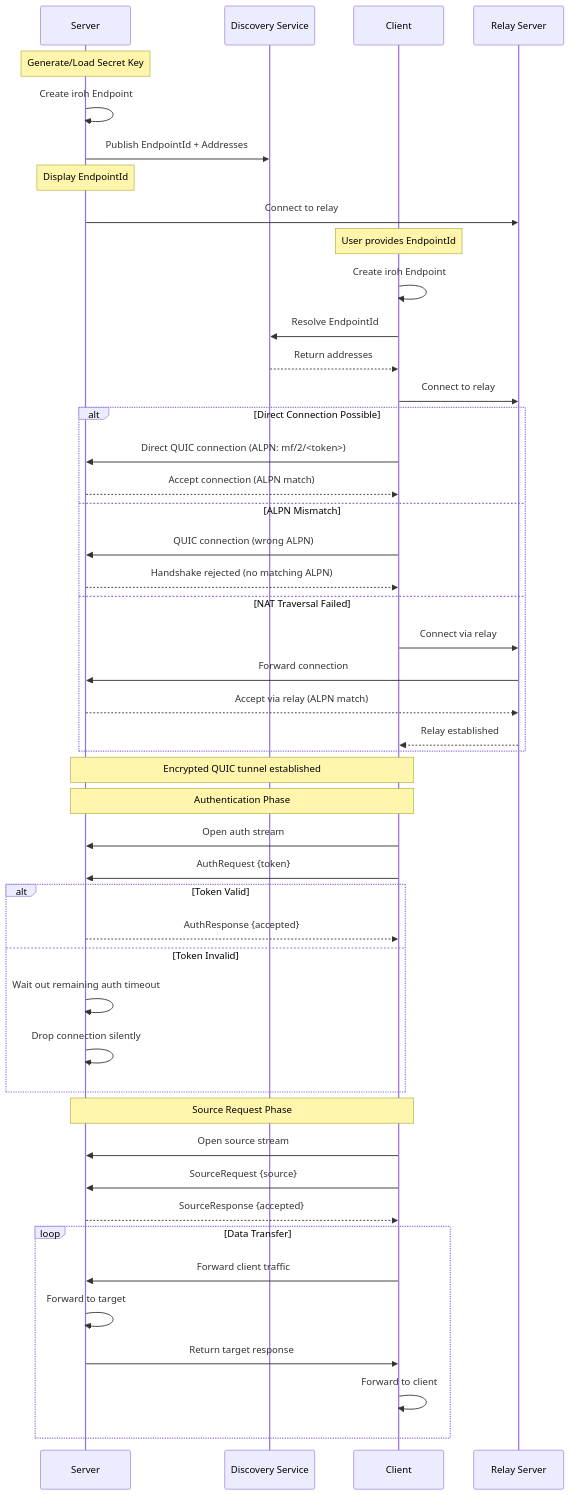
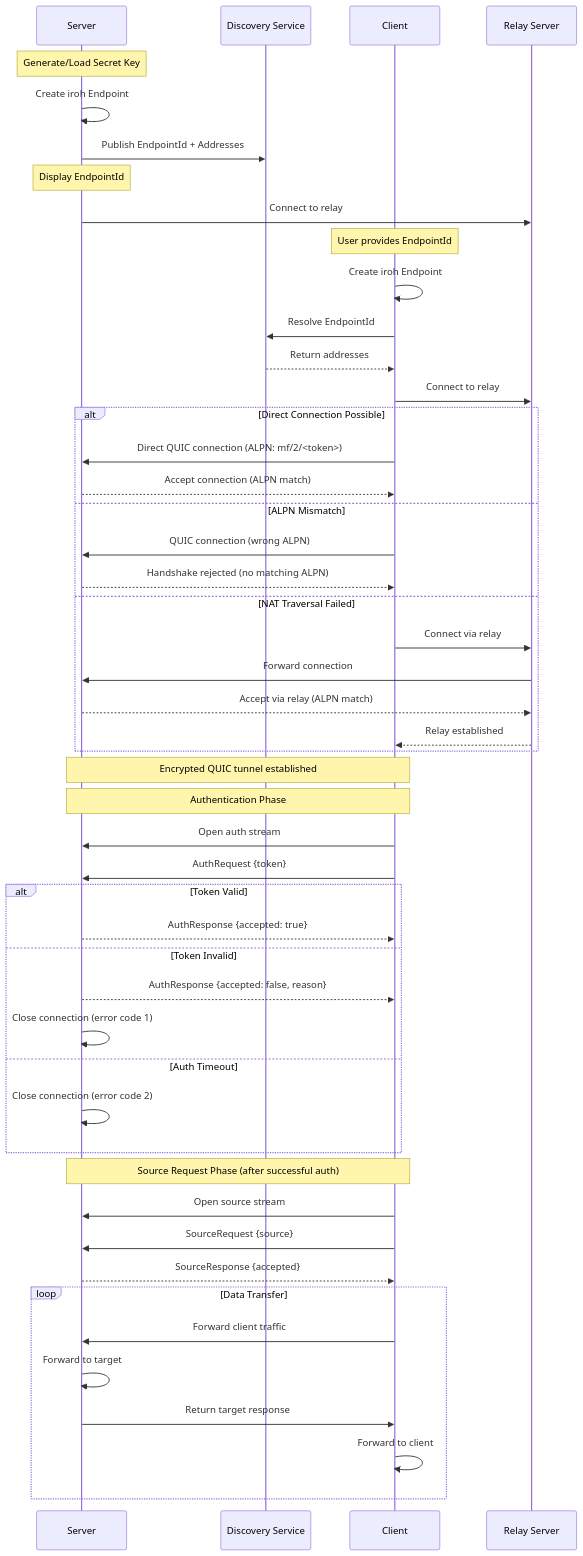
Before and after one commit to andrewtheguy/tunnel-rs: the sixth of 22 diagrams in docs/ARCHITECTURE.md, drawn with Mermaid. The commit also changed other lines of this file and 2 other files, not shown here.

Commit message:
docs: update README and architecture documentation for clarity on environment variables and config encryption

````diff
--- a/docs/ARCHITECTURE.md
+++ b/docs/ARCHITECTURE.md
@@ -171,56 +176,58 @@
 ```mermaid
 sequenceDiagram
     participant S as Server
     participant SD as Discovery Service
     participant C as Client
     participant RS as Relay Server
 
     Note over S: Generate/Load Secret Key
     S->>S: Create iroh Endpoint
     S->>SD: Publish EndpointId + Addresses
     Note over S: Display EndpointId
     S->>RS: Connect to relay
 
     Note over C: User provides EndpointId
     C->>C: Create iroh Endpoint
     C->>SD: Resolve EndpointId
     SD-->>C: Return addresses
     C->>RS: Connect to relay
 
     alt Direct Connection Possible
         C->>S: Direct QUIC connection (ALPN: mf/2/<token>)
         S-->>C: Accept connection (ALPN match)
     else ALPN Mismatch
         C->>S: QUIC connection (wrong ALPN)
         S-->>C: Handshake rejected (no matching ALPN)
     else NAT Traversal Failed
         C->>RS: Connect via relay
         RS->>S: Forward connection
         S-->>RS: Accept via relay (ALPN match)
         RS-->>C: Relay established
     end
 
     Note over S,C: Encrypted QUIC tunnel established
 
     Note over C,S: Authentication Phase
     C->>S: Open auth stream
     C->>S: AuthRequest {token}
     alt Token Valid
-        S-->>C: AuthResponse {accepted}
+        S-->>C: AuthResponse {accepted: true}
     else Token Invalid
-        S->>S: Wait out remaining auth timeout
-        S->>S: Drop connection silently
+        S-->>C: AuthResponse {accepted: false, reason}
+        S->>S: Close connection (error code 1)
+    else Auth Timeout
+        S->>S: Close connection (error code 2)
     end
 
-    Note over C,S: Source Request Phase
+    Note over C,S: Source Request Phase (after successful auth)
     C->>S: Open source stream
     C->>S: SourceRequest {source}
     S-->>C: SourceResponse {accepted}
 
     loop Data Transfer
         C->>S: Forward client traffic
         S->>S: Forward to target
         S->>C: Return target response
         C->>C: Forward to client
     end
 ```
````
